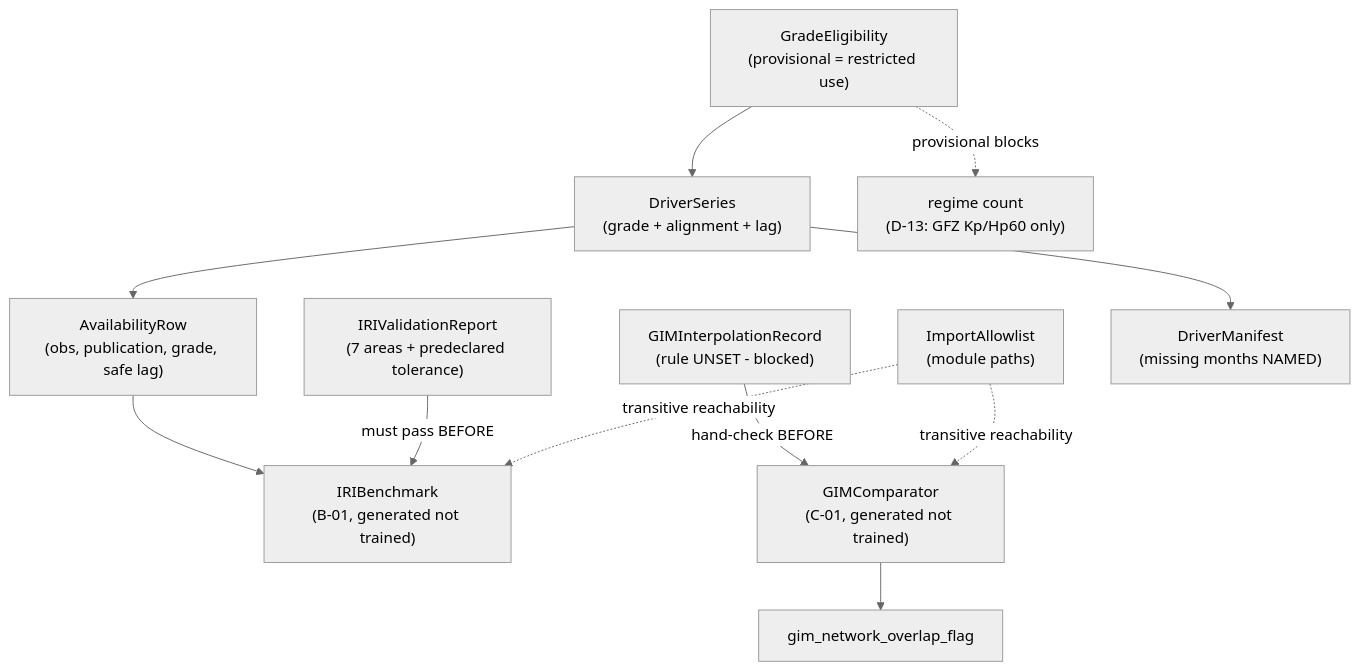
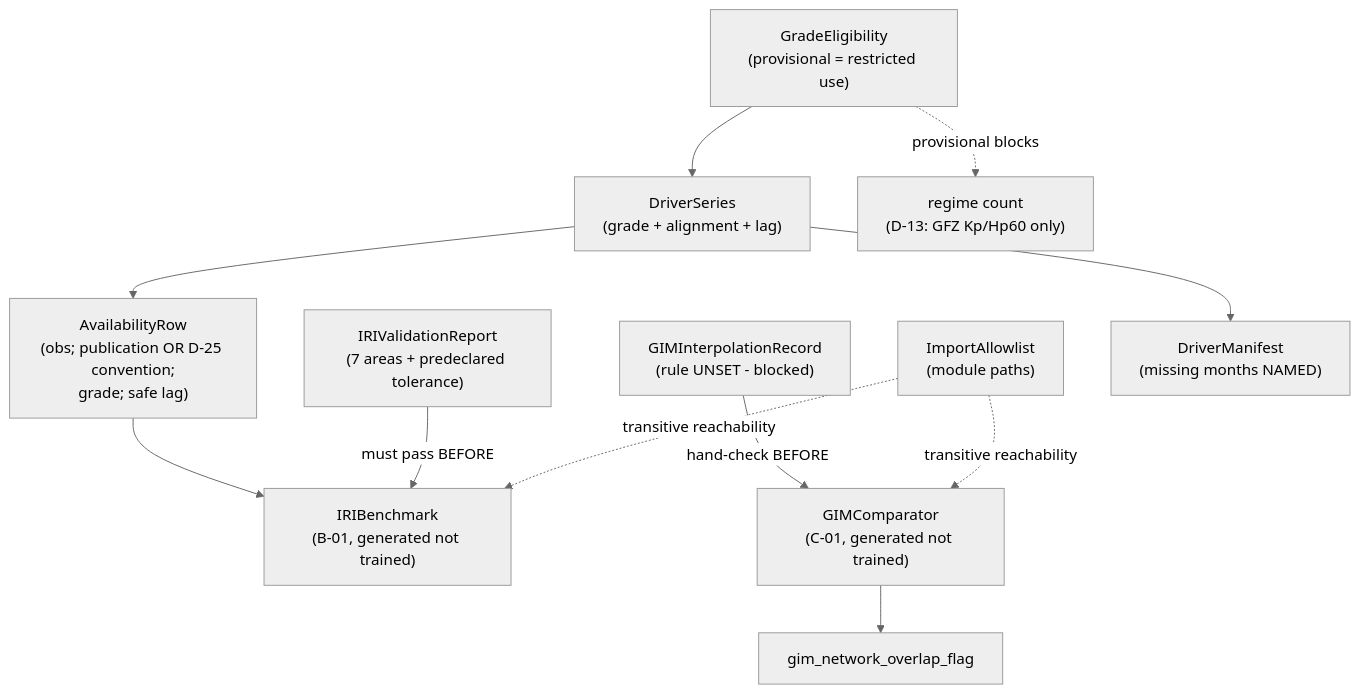
The diagram in aidlc/spaces/default/intents/260813-tec-hourly-forecast/construction/external-products/functional-design/domain-entities.md (Kimrza/Thesis_toshkari), drawn with Mermaid (neutral theme) before and after one commit. The commit also changed other lines of this file and 36 other files, not shown here.

````diff
--- a/aidlc/spaces/default/intents/260813-tec-hourly-forecast/construction/external-products/functional-design/domain-entities.md
+++ b/aidlc/spaces/default/intents/260813-tec-hourly-forecast/construction/external-products/functional-design/domain-entities.md
@@ -55,24 +55,24 @@
 ```mermaid
 graph TD
   DS["DriverSeries<br/>(grade + alignment + lag)"]
   GA["GradeEligibility<br/>(provisional = restricted use)"]
-  AM["AvailabilityRow<br/>(obs, publication, grade, safe lag)"]
+  AM["AvailabilityRow<br/>(obs; publication OR D-25 convention;<br/>grade; safe lag)"]
   BM["IRIBenchmark<br/>(B-01, generated not trained)"]
   VR["IRIValidationReport<br/>(7 areas + predeclared tolerance)"]
   GC["GIMComparator<br/>(C-01, generated not trained)"]
   IR["GIMInterpolationRecord<br/>(rule UNSET - blocked)"]
   OF["gim_network_overlap_flag"]
   AL["ImportAllowlist<br/>(module paths)"]
   MF["DriverManifest<br/>(missing months NAMED)"]
 
   GA --> DS
   DS --> AM
   DS --> MF
   AM --> BM
   VR -->|"must pass BEFORE"| BM
   IR -->|"hand-check BEFORE"| GC
   GC --> OF
   AL -.->|"transitive reachability"| BM
   AL -.->|"transitive reachability"| GC
   GA -.->|"provisional blocks"| RC["regime count<br/>(D-13: GFZ Kp/Hp60 only)"]
 ```
````
